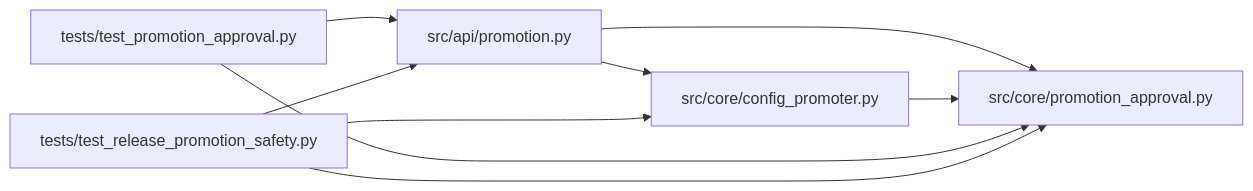
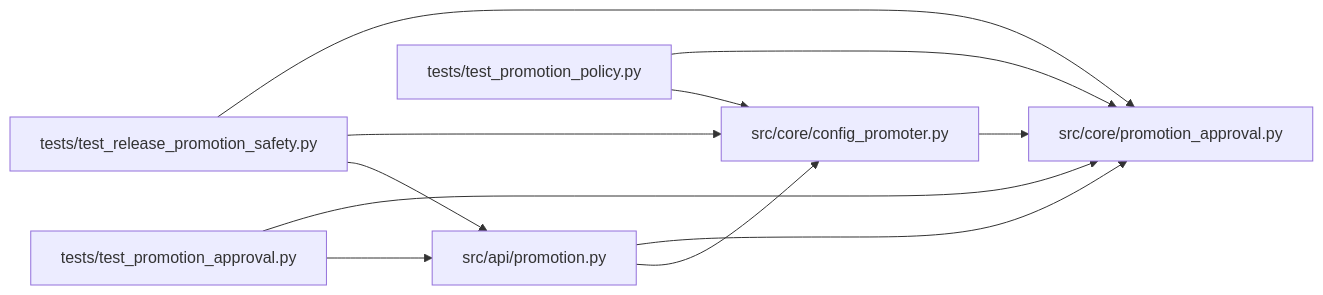
One commit to Denissvgn/autoresearch-agent changed the diagram in docs/llm_wiki/modules/promotion_approval.md. Above: the diagram before and after it, drawn with Mermaid. The commit also changed other lines of this file and 1033 other files, not shown here.

````diff
--- a/docs/llm_wiki/modules/promotion_approval.md
+++ b/docs/llm_wiki/modules/promotion_approval.md
@@ -26,21 +26,25 @@
 ```mermaid
 flowchart LR
     n0["src/api/promotion.py"]
     n1["src/core/config_promoter.py"]
     n2["src/core/promotion_approval.py"]
     n3["tests/test_promotion_approval.py"]
-    n4["tests/test_release_promotion_safety.py"]
+    n4["tests/test_promotion_policy.py"]
+    n5["tests/test_release_promotion_safety.py"]
     n0 --> n1
     n0 --> n2
     n1 --> n2
     n3 --> n0
     n3 --> n2
-    n4 --> n0
     n4 --> n1
     n4 --> n2
+    n5 --> n0
+    n5 --> n1
+    n5 --> n2
     click n0 "../modules/promotion.md"
     click n1 "../modules/config_promoter.md"
     click n2 "../modules/promotion_approval.md"
     click n3 "../modules/test_promotion_approval.md"
-    click n4 "../modules/test_release_promotion_safety.md"
+    click n4 "../modules/test_promotion_policy.md"
+    click n5 "../modules/test_release_promotion_safety.md"
 ```
````
